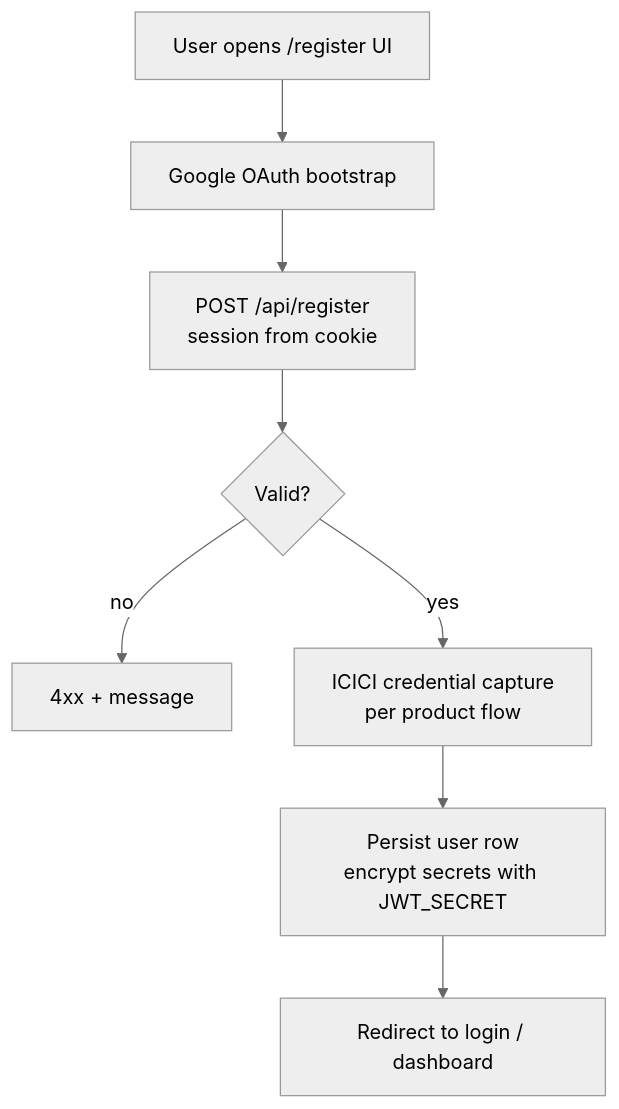
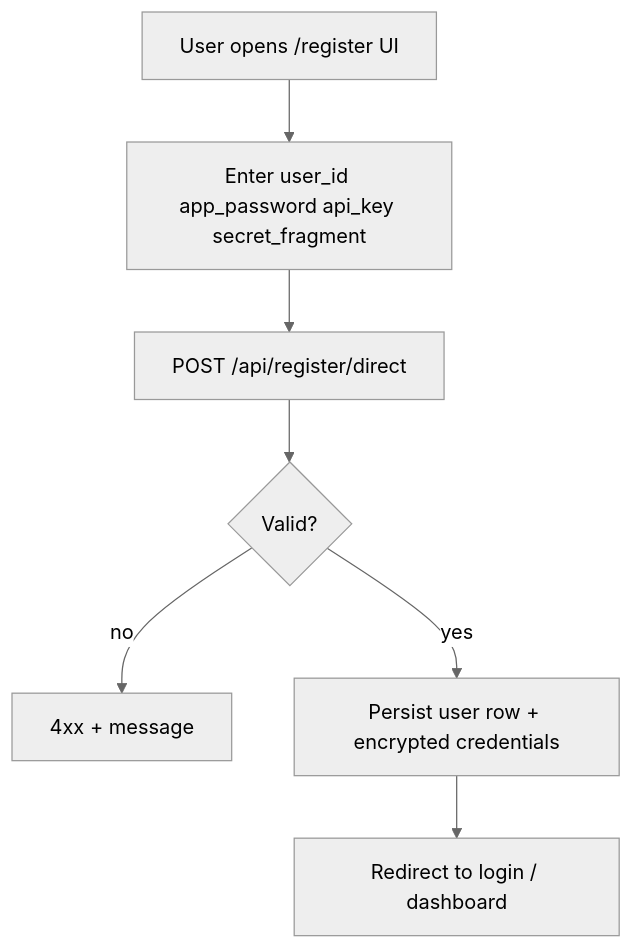
Before and after one commit to AmitMhatre-Code/breeze-core-engine: the seventh of 17 diagrams in docs/flows.md, drawn with Mermaid (neutral theme). The commit also changed other lines of this file and 10 other files, not shown here.

````diff
--- a/docs/flows.md
+++ b/docs/flows.md
@@ -164,10 +162,9 @@
 ```mermaid
 flowchart TB
-  A[User opens /register UI] --> B[Google OAuth bootstrap]
-  B --> C[POST /api/register\nsession from cookie]
+  A[User opens /register UI] --> B[Enter user_id app_password api_key secret_fragment]
+  B --> C[POST /api/register/direct]
   C --> D{Valid?}
   D -->|no| E[4xx + message]
-  D -->|yes| F[ICICI credential capture\nper product flow]
-  F --> G[Persist user row\nencrypt secrets with JWT_SECRET]
-  G --> H[Redirect to login / dashboard]
+  D -->|yes| F[Persist user row + encrypted credentials]
+  F --> H[Redirect to login / dashboard]
 ```
````
